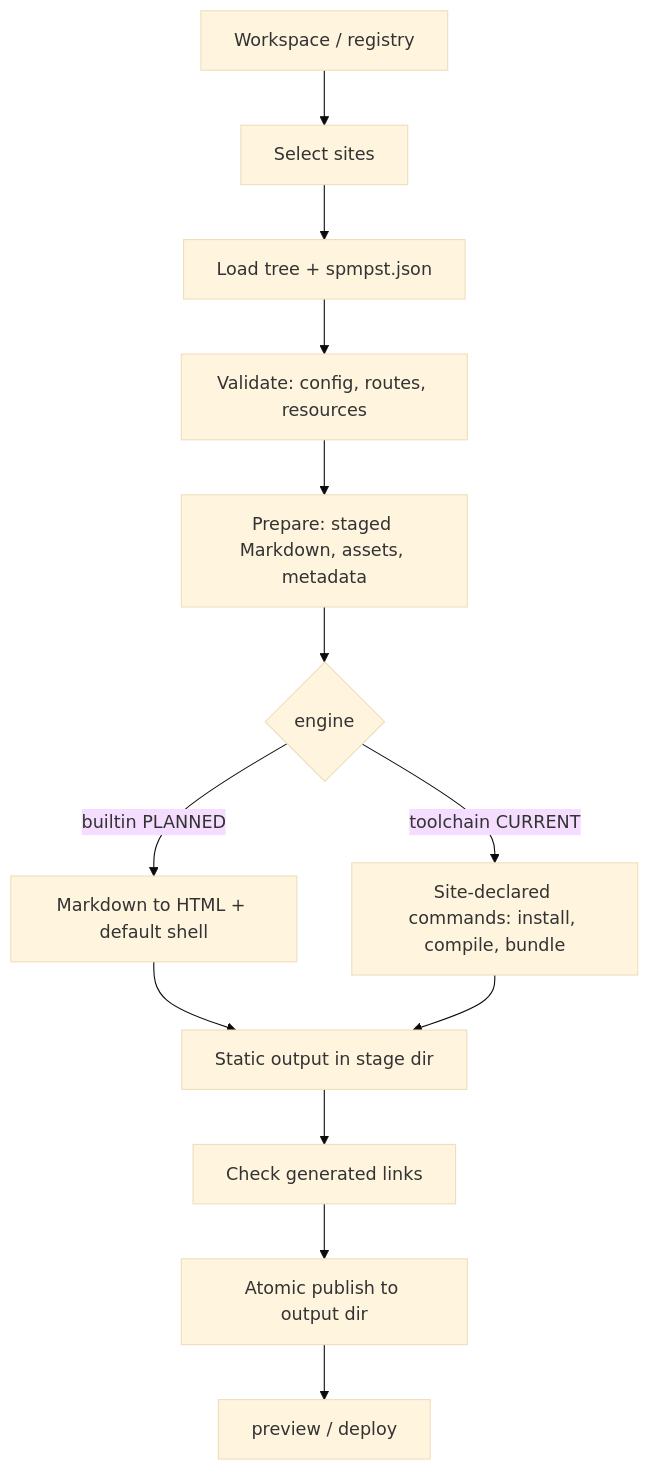
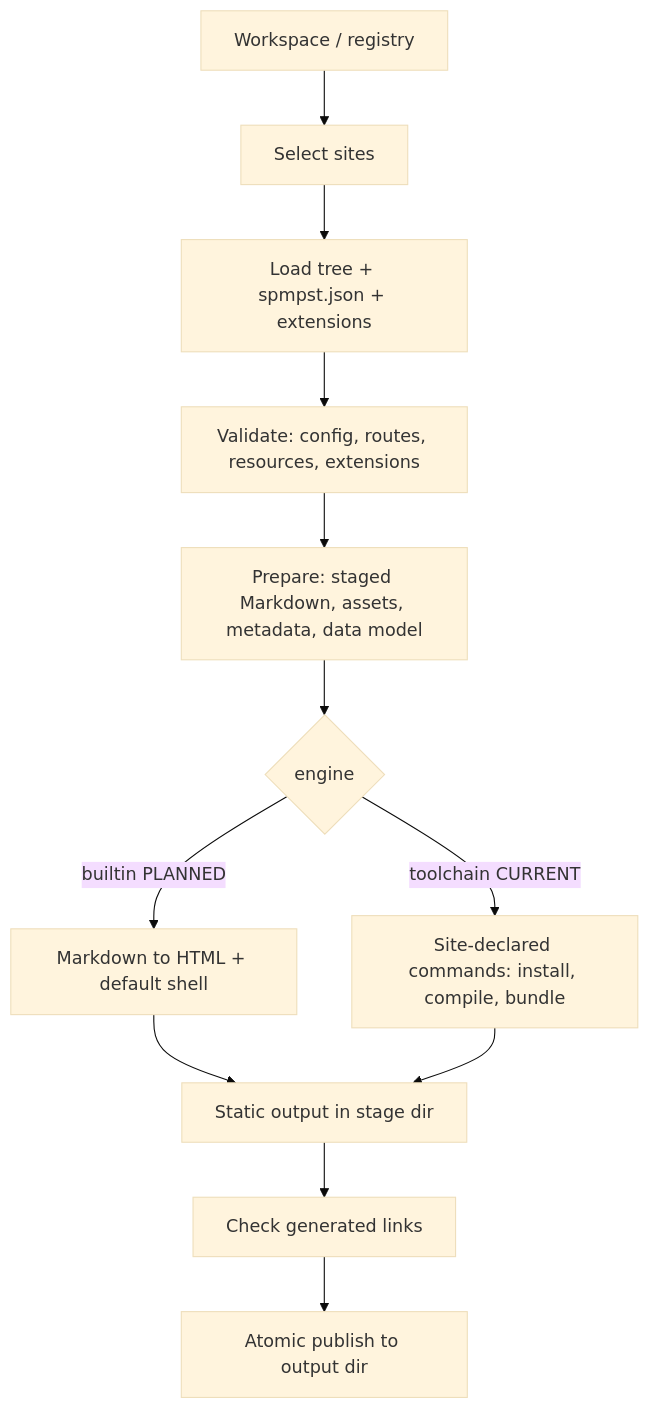
One commit to emyassine/base-feluka changed the first of 2 diagrams in docs/SSG.md. Above: the diagram before and after it, drawn with Mermaid (base theme). The commit also changed other lines of this file, not shown here.

````diff
--- a/docs/SSG.md
+++ b/docs/SSG.md
@@ -343,15 +427,14 @@
 ```mermaid
 flowchart TD
     A[Workspace / registry] --> B[Select sites]
-    B --> C[Load tree + spmpst.json]
-    C --> D[Validate: config, routes, resources]
-    D --> E[Prepare: staged Markdown, assets, metadata]
+    B --> C[Load tree + spmpst.json + extensions]
+    C --> D[Validate: config, routes, resources, extensions]
+    D --> E[Prepare: staged Markdown, assets, metadata, data model]
     E --> F{engine}
     F -->|builtin PLANNED| G[Markdown to HTML + default shell]
     F -->|toolchain CURRENT| H[Site-declared commands: install, compile, bundle]
     G --> I[Static output in stage dir]
     H --> I
     I --> J[Check generated links]
     J --> K[Atomic publish to output dir]
-    K --> L[preview / deploy]
 ```
````
